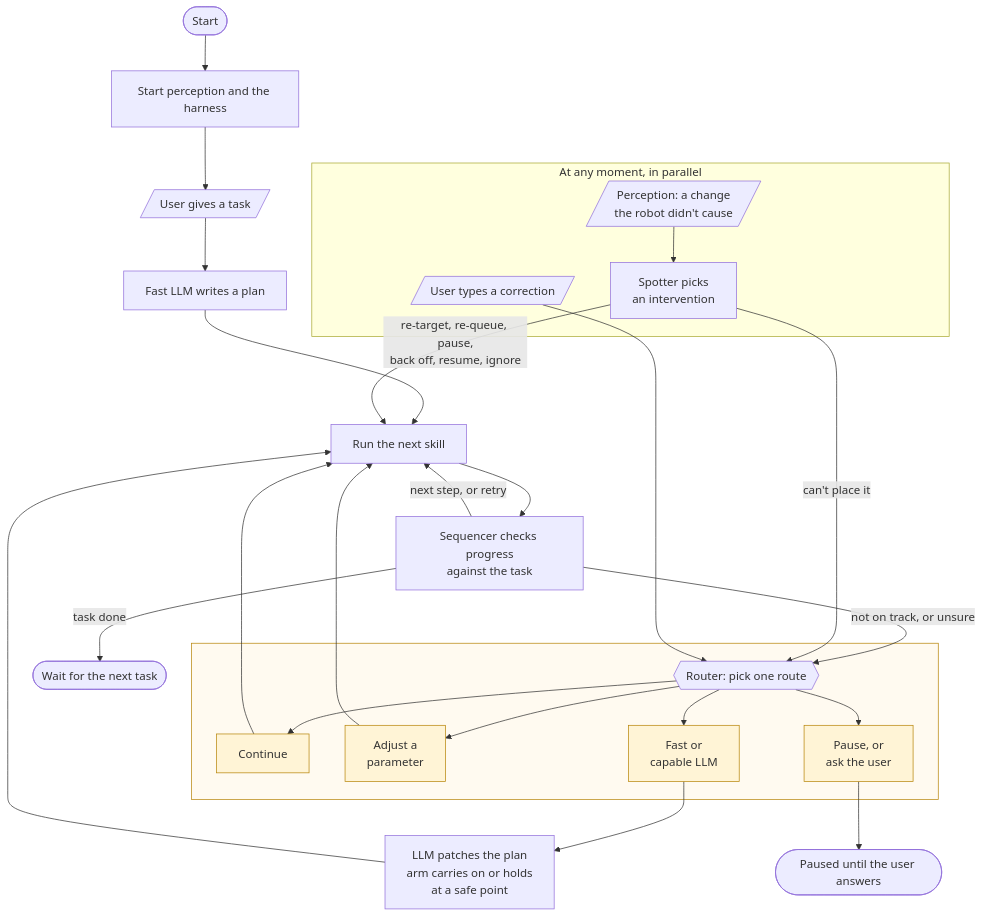
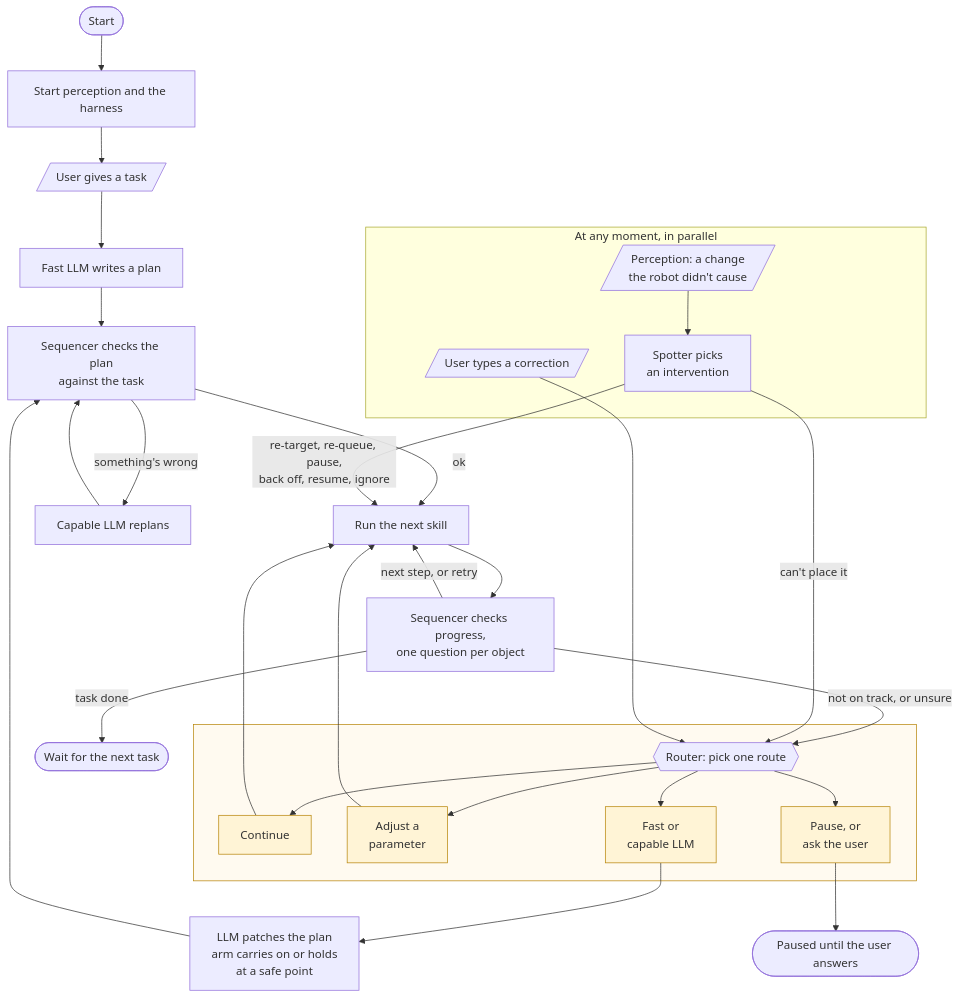
One commit to alee792/robojev changed the second of 7 diagrams in docs/v2-diagrams.md. Above: the diagram before and after it, drawn with Mermaid. The commit also changed other lines of this file and 1 other file, not shown here.

First line of the commit message:
v2: apply TypeSafe docs guidance (plan check before running, per-object progress questions, per-route thresholds and complexity score, parameters with a 'stated' question, a section on writing Jev questions); diagrams updated

````diff
--- a/docs/v2-diagrams.md
+++ b/docs/v2-diagrams.md
@@ -53,36 +53,39 @@
 ```mermaid
 flowchart TB
     start([Start]) --> boot[Start perception and the harness]
     boot --> task[/User gives a task/]
     task --> plan[Fast LLM writes a plan]
-    plan --> run[Run the next skill]
-    run --> seq[Sequencer checks progress<br/>against the task]
+    plan --> check[Sequencer checks the plan<br/>against the task]
+    check -- "ok" --> run[Run the next skill]
+    check -- "something's wrong" --> replan[Capable LLM replans]
+    replan --> check
+    run --> seq[Sequencer checks progress,<br/>one question per object]
     seq -- "next step, or retry" --> run
     seq -- "task done" --> done([Wait for the next task])
     seq -- "not on track, or unsure" --> r_in
 
     subgraph router [" "]
         r_in{{Router: pick one route}}
         r_in --> r_go[Continue]
         r_in --> r_adj[Adjust a<br/>parameter]
         r_in --> r_llm[Fast or<br/>capable LLM]
         r_in --> r_stop[Pause, or<br/>ask the user]
     end
     r_go --> run
     r_adj --> run
     r_llm --> patch[LLM patches the plan<br/>arm carries on or holds<br/>at a safe point]
-    patch --> run
+    patch --> check
     r_stop --> paused([Paused until the user answers])
 
     subgraph anytime [At any moment, in parallel]
         change[/Perception: a change<br/>the robot didn't cause/] --> spotter[Spotter picks<br/>an intervention]
         corr[/User types a correction/]
     end
     spotter -- "re-target, re-queue, pause,<br/>back off, resume, ignore" --> run
     spotter -- "can't place it" --> r_in
     corr --> r_in
 
     classDef route fill:#fff4d6,stroke:#b8860b
     class r_go,r_adj,r_llm,r_stop route
     style router fill:#fffaf0,stroke:#b8860b
 ```
````
